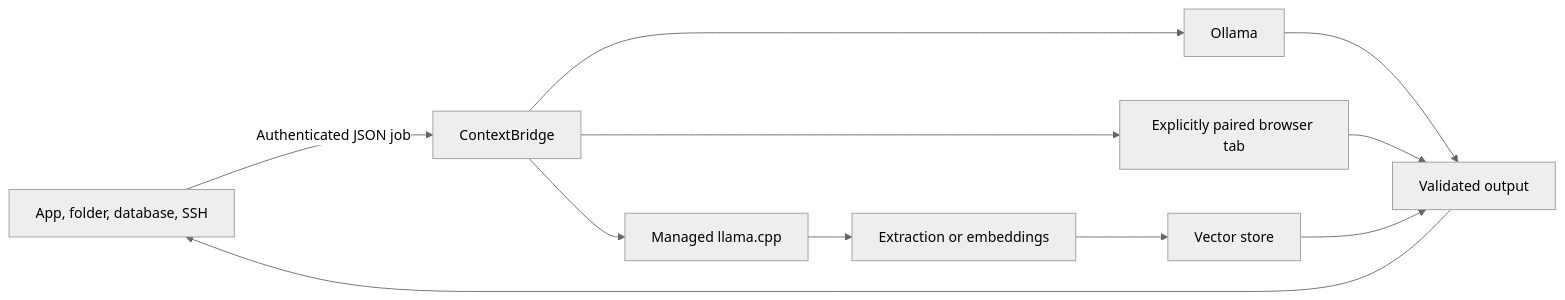
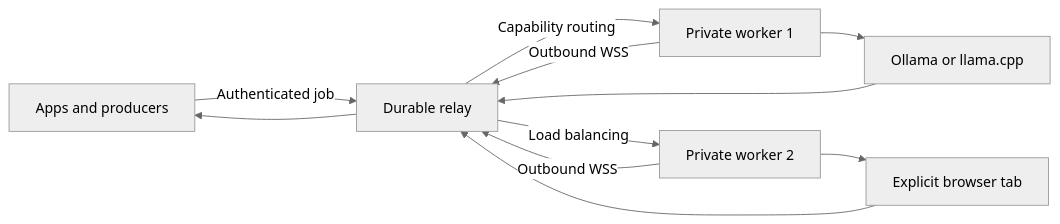
The diagram in README.md (IamAngusU/ContextBridge), drawn with Mermaid (neutral theme) before and after one commit. The commit also changed other lines of this file and 32 other files, not shown here.

````diff
--- a/README.md
+++ b/README.md
@@ -180,13 +227,13 @@
 ```mermaid
 flowchart LR
-  A[App, folder, database, SSH] -->|Authenticated JSON job| B[ContextBridge]
-  B --> C[Ollama]
-  B --> D[Managed llama.cpp]
-  B --> E[Explicitly paired browser tab]
-  D --> F[Extraction or embeddings]
-  F --> G[Vector store]
-  C --> H[Validated output]
-  E --> H
-  G --> H
-  H --> A
+  A[Apps and producers] -->|Authenticated job| R[Durable relay]
+  W1[Private worker 1] -->|Outbound WSS| R
+  W2[Private worker 2] -->|Outbound WSS| R
+  R -->|Capability routing| W1
+  R -->|Load balancing| W2
+  W1 --> O[Ollama or llama.cpp]
+  W2 --> B[Explicit browser tab]
+  O --> R
+  B --> R
+  R --> A
 ```
````
